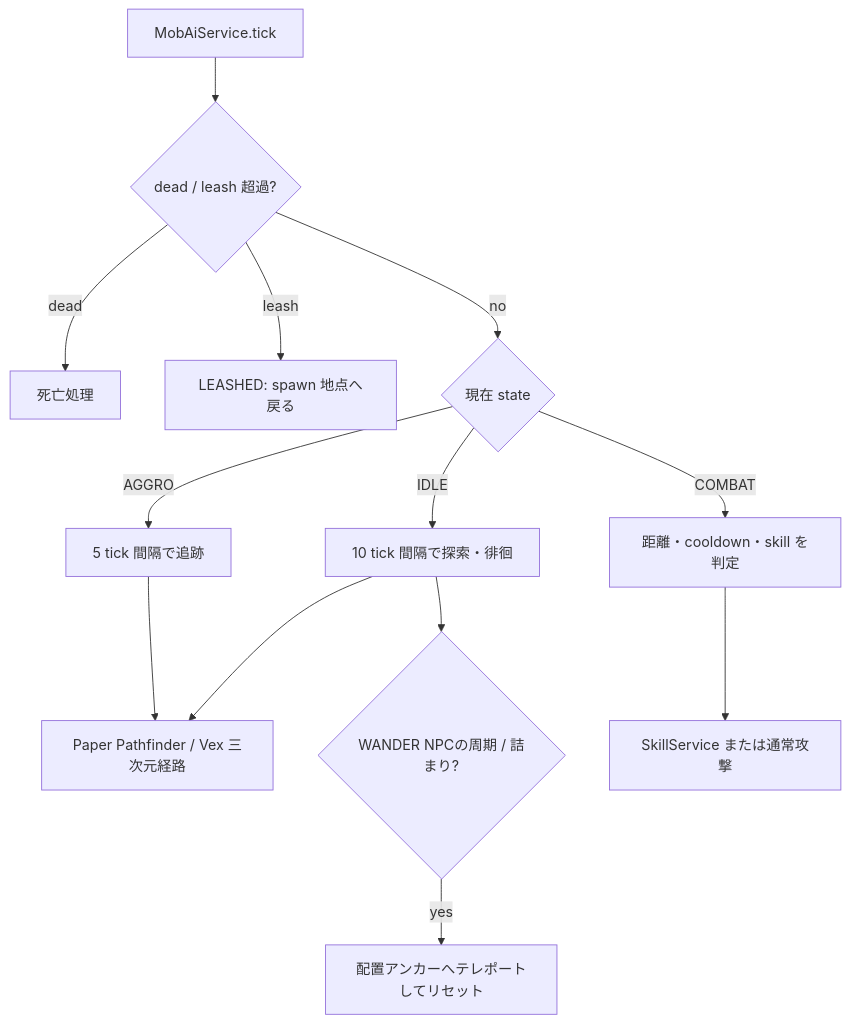
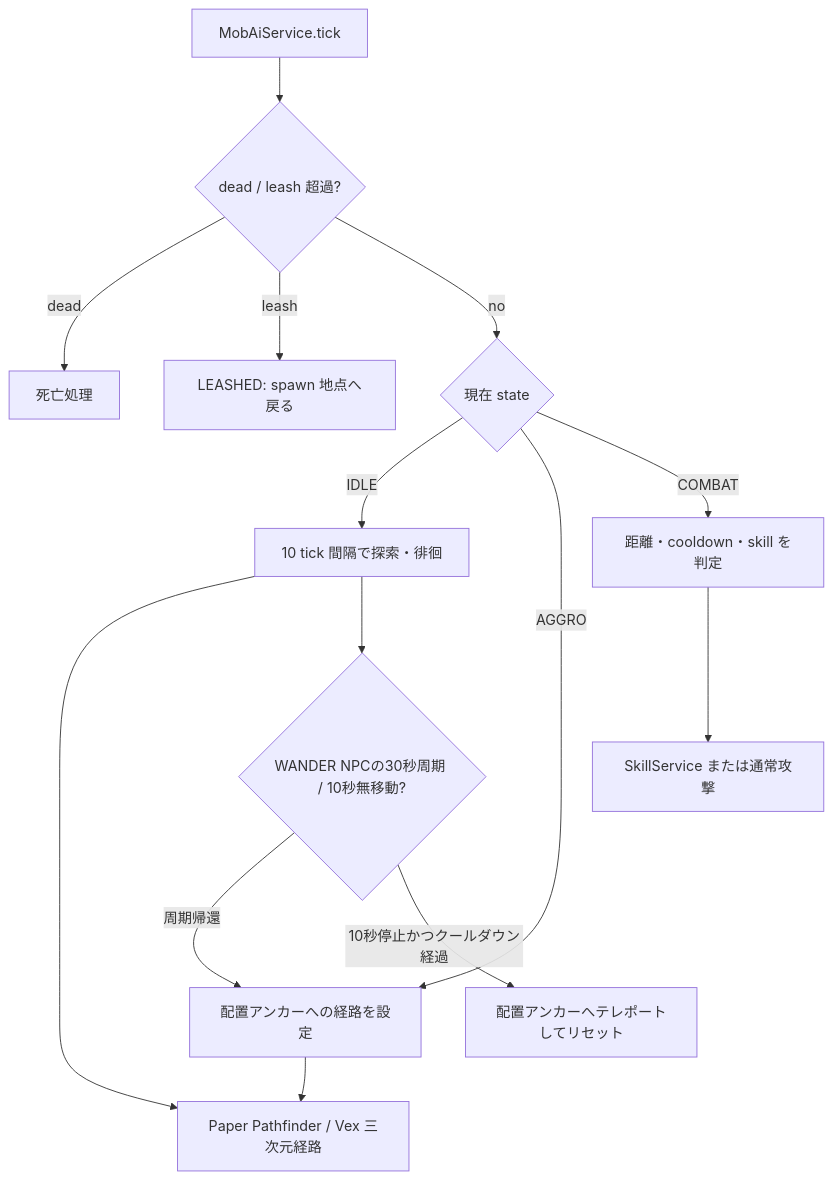
The second of 7 diagrams in 00_docs/10_Plugin設計書/feature/12-mob/12_4-統合フロー.md (maaasu/AstralRecord-Workspace), drawn with Mermaid before and after one commit. The commit also changed other lines of this file and 7 other files, not shown here.

````diff
--- a/00_docs/10_Plugin設計書/feature/12-mob/12_4-統合フロー.md
+++ b/00_docs/10_Plugin設計書/feature/12-mob/12_4-統合フロー.md
@@ -44,15 +44,16 @@
 ```mermaid
 flowchart TD
     T[MobAiService.tick] --> D{dead / leash 超過?}
     D -- dead --> X[死亡処理]
     D -- leash --> L[LEASHED: spawn 地点へ戻る]
     D -- no --> S{現在 state}
     S -- IDLE --> I[10 tick 間隔で探索・徘徊]
     S -- AGGRO --> A[5 tick 間隔で追跡]
     S -- COMBAT --> C[距離・cooldown・skill を判定]
     I --> P[Paper Pathfinder / Vex 三次元経路]
-    I --> R{WANDER NPCの周期 / 詰まり?}
-    R -- yes --> Z[配置アンカーへテレポートしてリセット]
+    I --> R{WANDER NPCの30秒周期 / 10秒無移動?}
+    R -- 周期帰還 --> A[配置アンカーへの経路を設定]
+    R -- 10秒停止かつクールダウン経過 --> Z[配置アンカーへテレポートしてリセット]
     A --> P
     C --> K[SkillService または通常攻撃]
 ```
````
